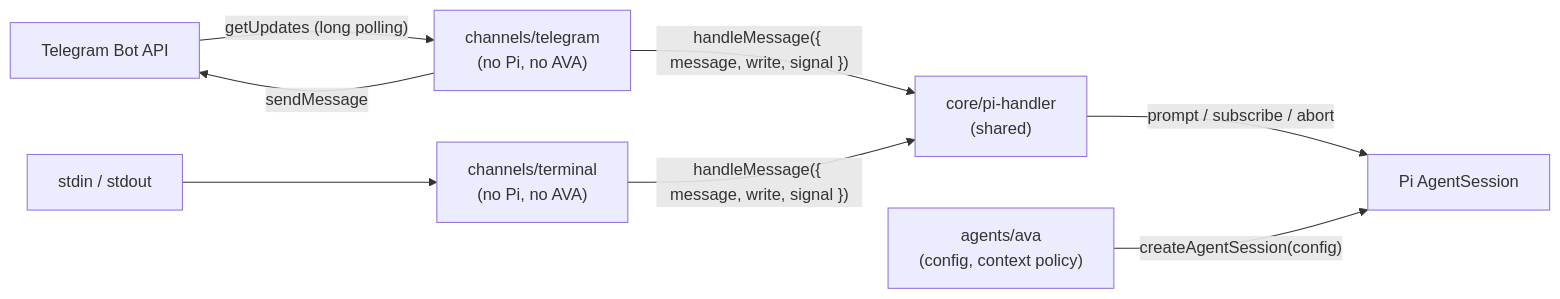
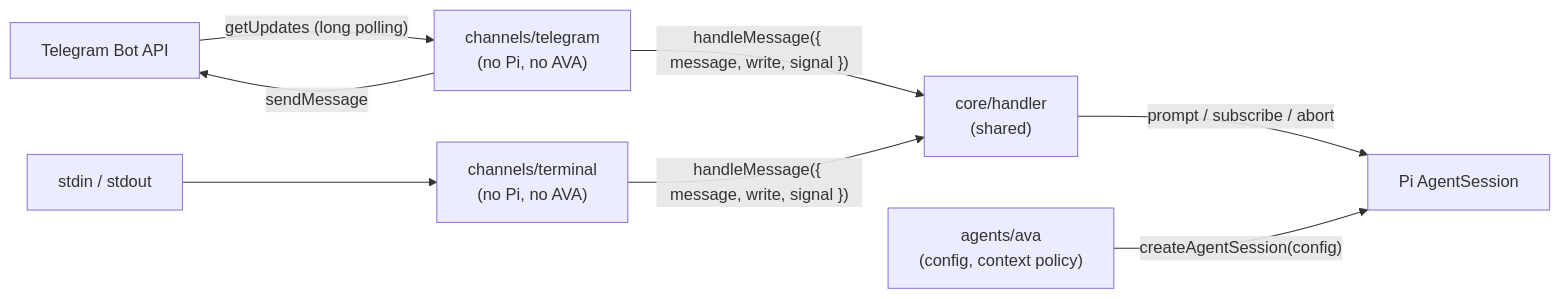
The first of 2 diagrams in docs/telegram-channel-plan.md (fjeansilva/ava-personal-assistant), drawn with Mermaid before and after one commit. The commit also changed other lines of this file and 3 other files, not shown here.

First line of the commit message:
docs: document extracted message handler and Telegram plan progress

````diff
--- a/docs/telegram-channel-plan.md
+++ b/docs/telegram-channel-plan.md
@@ -46,10 +46,10 @@
 ```mermaid
 flowchart LR
     TG["Telegram Bot API"] -->|"getUpdates (long polling)"| Channel["channels/telegram<br/>(no Pi, no AVA)"]
     Term["stdin / stdout"] --> TermChannel["channels/terminal<br/>(no Pi, no AVA)"]
-    Channel -->|"handleMessage({ message, write, signal })"| Handler["core/pi-handler<br/>(shared)"]
+    Channel -->|"handleMessage({ message, write, signal })"| Handler["core/handler<br/>(shared)"]
     TermChannel -->|"handleMessage({ message, write, signal })"| Handler
     Handler -->|"prompt / subscribe / abort"| Session["Pi AgentSession"]
     Agent["agents/ava<br/>(config, context policy)"] -->|"createAgentSession(config)"| Session
     Channel -->|"sendMessage"| TG
 ```
````
